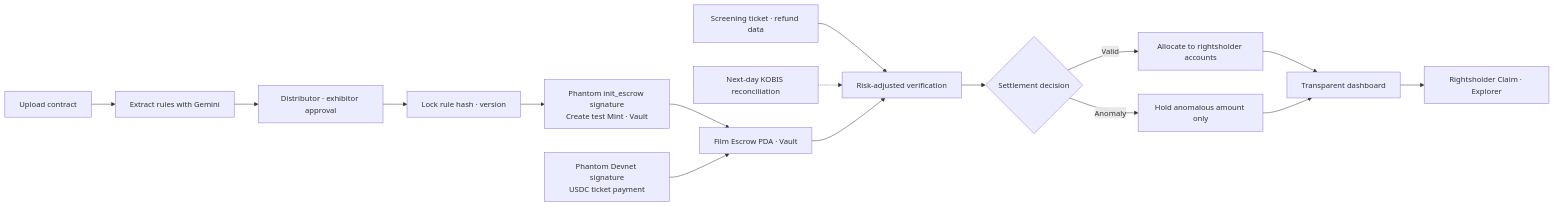
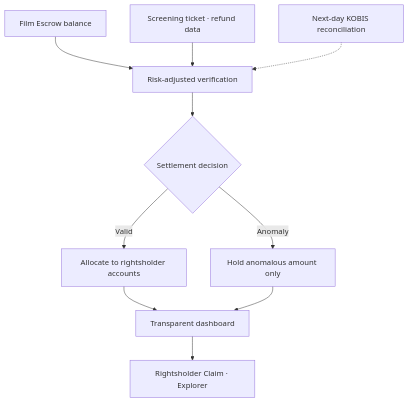
The second of 3 diagrams in README-ENG.md (chaincrew-kr/blockchain-hackathon), drawn with Mermaid before and after one commit. The commit also changed other lines of this file and 1 other file, not shown here.

Commit message:
docs: enlarge settlement flow diagrams

````diff
--- a/README-ENG.md
+++ b/README-ENG.md
@@ -216,18 +230,12 @@
 ```mermaid
-flowchart LR
-  Contract["Upload contract"] --> Gemini["Extract rules with Gemini"]
-  Gemini --> Approval["Distributor · exhibitor approval"]
-  Approval --> Rule["Lock rule hash · version"]
-  Rule --> Init["Phantom init_escrow signature<br/>Create test Mint · Vault"]
-  Init --> Escrow["Film Escrow PDA · Vault"]
-  Payment["Phantom Devnet signature<br/>USDC ticket payment"] --> Escrow
+flowchart TB
+  Escrow["Film Escrow balance"] --> Risk["Risk-adjusted verification"]
   Batch["Screening ticket · refund data"] --> Risk["Risk-adjusted verification"]
   KOBIS["Next-day KOBIS reconciliation"] -.-> Risk
-  Escrow --> Risk
   Risk --> Judge{"Settlement decision"}
   Judge -->|Valid| Settle["Allocate to rightsholder accounts"]
   Judge -->|Anomaly| Hold["Hold anomalous amount only"]
   Settle --> Dashboard["Transparent dashboard"]
   Hold --> Dashboard
   Dashboard --> Claim["Rightsholder Claim · Explorer"]
 ```
````
